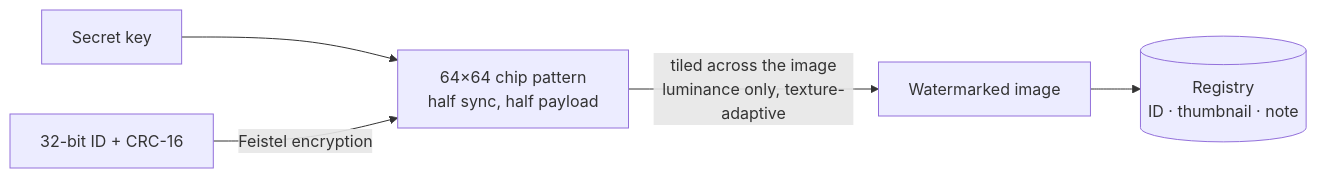
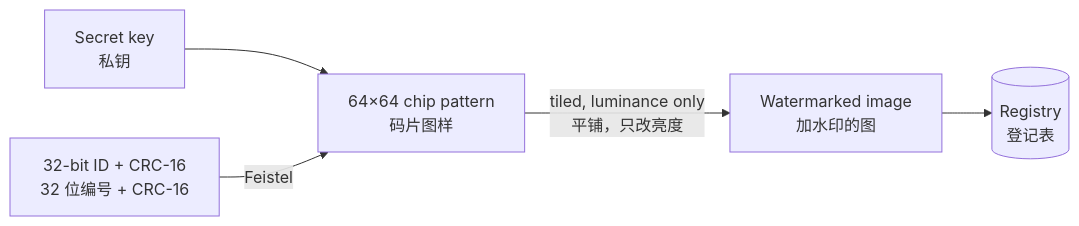
One commit to lupo4085/blindmark changed the diagram in README.md. Above: the diagram before and after it, drawn with Mermaid. The commit also changed other lines of this file and 2 other files, not shown here.

````diff
--- a/README.md
+++ b/README.md
@@ -233,7 +266,7 @@
 ```mermaid
 flowchart LR
-    K[Secret key] --> P[64×64 chip pattern<br/>half sync, half payload]
-    ID[32-bit ID + CRC-16] -->|Feistel encryption| P
-    P -->|tiled across the image<br/>luminance only, texture-adaptive| W[Watermarked image]
-    W --> R[(Registry<br/>ID · thumbnail · note)]
+    K["Secret key<br/>私钥"] --> P["64×64 chip pattern<br/>码片图样"]
+    ID["32-bit ID + CRC-16<br/>32 位编号 + CRC-16"] -->|"Feistel"| P
+    P -->|"tiled, luminance only<br/>平铺，只改亮度"| W["Watermarked image<br/>加水印的图"]
+    W --> R[("Registry<br/>登记表")]
 ```
````
